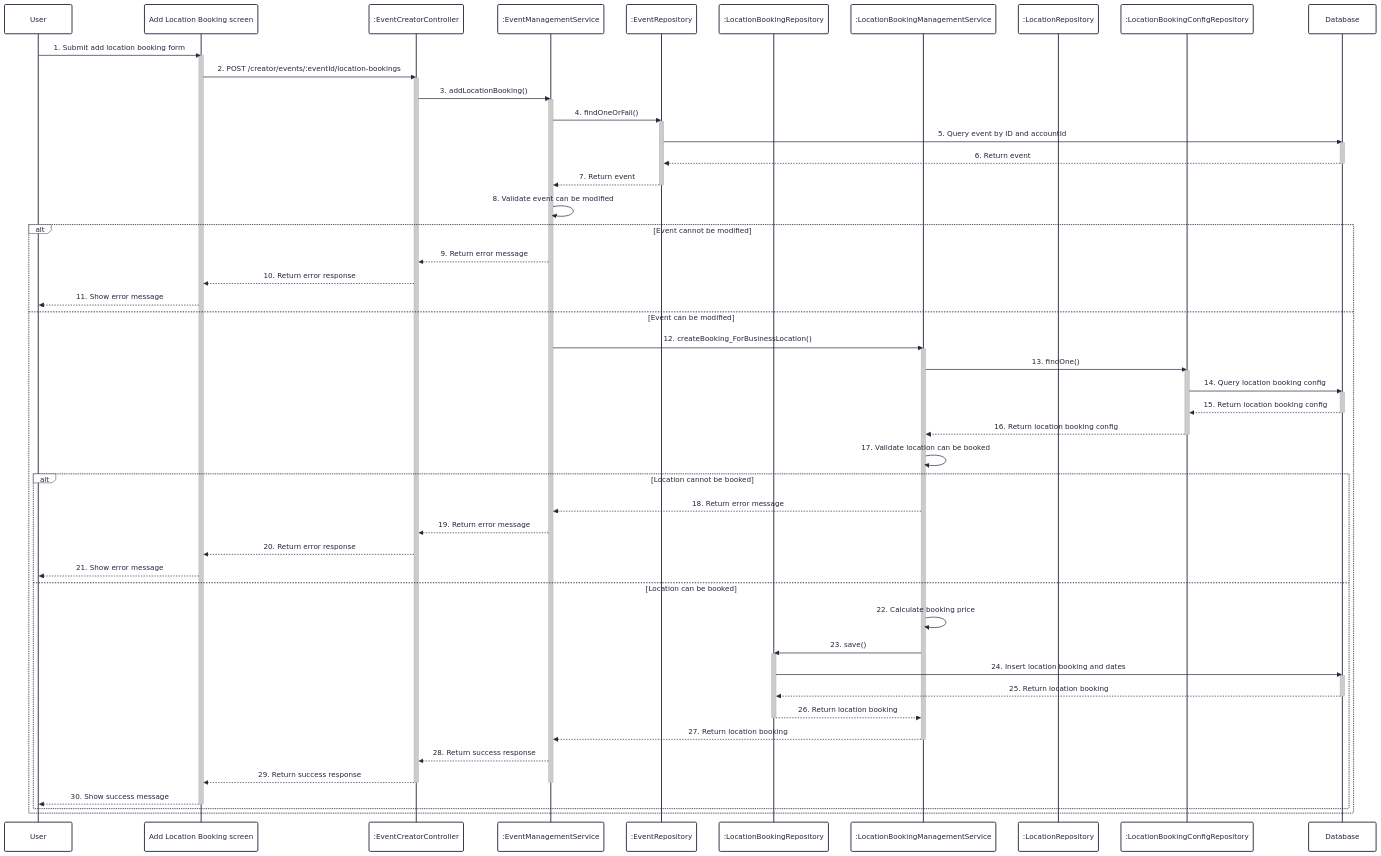
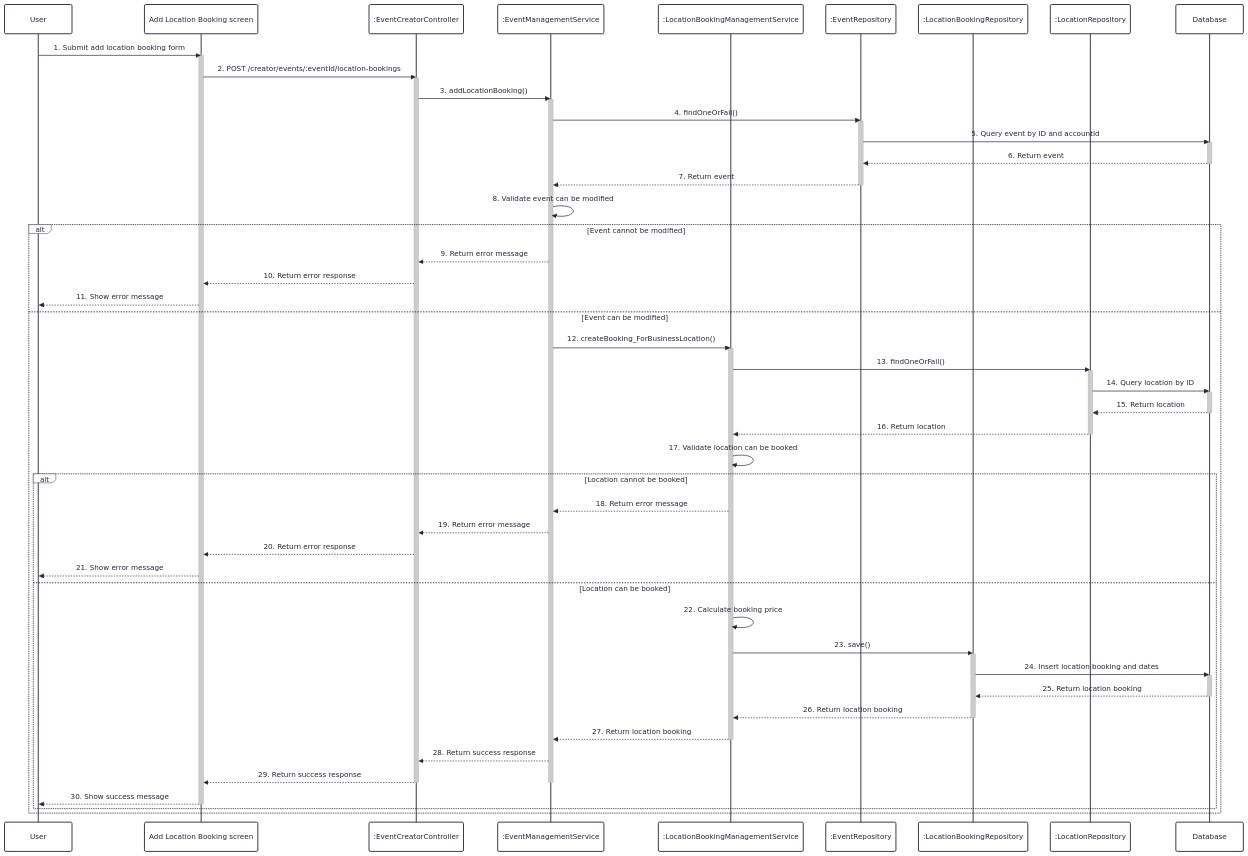
One commit to UrbanLens-2025/urban-lens_server changed the diagram in docs/sequence/6-add-location-booking-to-event.md. Above: the diagram before and after it, drawn with Mermaid. The commit also changed 29 other files, not shown here.

````diff
--- a/docs/sequence/6-add-location-booking-to-event.md
+++ b/docs/sequence/6-add-location-booking-to-event.md
@@ -1,75 +1,74 @@
 ```mermaid
 ---
 config:
   theme: redux
   look: classic
 ---
 sequenceDiagram
     participant User
     participant Frontend as Add Location Booking screen
     participant EventCreatorController as :EventCreatorController
     participant EventManagementService as :EventManagementService
+    participant LocationBookingManagementService as :LocationBookingManagementService
     participant EventRepository as :EventRepository
     participant LocationBookingRepository as :LocationBookingRepository
-    participant LocationBookingManagementService as :LocationBookingManagementService
     participant LocationRepository as :LocationRepository
-    participant LocationBookingConfigRepository as :LocationBookingConfigRepository
     participant Database
 
     User->>Frontend: 1. Submit add location booking form
     activate Frontend
     Frontend->>EventCreatorController: 2. POST /creator/events/:eventId/location-bookings
     activate EventCreatorController
     EventCreatorController->>EventManagementService: 3. addLocationBooking()
     activate EventManagementService
     EventManagementService->>EventRepository: 4. findOneOrFail()
     activate EventRepository
     EventRepository->>Database: 5. Query event by ID and accountId
     activate Database
     Database-->>EventRepository: 6. Return event
     deactivate Database
     EventRepository-->>EventManagementService: 7. Return event
     deactivate EventRepository
     EventManagementService->>EventManagementService: 8. Validate event can be modified
     alt Event cannot be modified
         EventManagementService-->>EventCreatorController: 9. Return error message
         EventCreatorController-->>Frontend: 10. Return error response
         Frontend-->>User: 11. Show error message
     else Event can be modified
         EventManagementService->>LocationBookingManagementService: 12. createBooking_ForBusinessLocation()
         activate LocationBookingManagementService
-        LocationBookingManagementService->>LocationBookingConfigRepository: 13. findOne()
-        activate LocationBookingConfigRepository
-        LocationBookingConfigRepository->>Database: 14. Query location booking config
+        LocationBookingManagementService->>LocationRepository: 13. findOneOrFail()
+        activate LocationRepository
+        LocationRepository->>Database: 14. Query location by ID
         activate Database
-        Database-->>LocationBookingConfigRepository: 15. Return location booking config
+        Database-->>LocationRepository: 15. Return location
         deactivate Database
-        LocationBookingConfigRepository-->>LocationBookingManagementService: 16. Return location booking config
-        deactivate LocationBookingConfigRepository
+        LocationRepository-->>LocationBookingManagementService: 16. Return location
+        deactivate LocationRepository
         LocationBookingManagementService->>LocationBookingManagementService: 17. Validate location can be booked
         alt Location cannot be booked
             LocationBookingManagementService-->>EventManagementService: 18. Return error message
             EventManagementService-->>EventCreatorController: 19. Return error message
             EventCreatorController-->>Frontend: 20. Return error response
             Frontend-->>User: 21. Show error message
         else Location can be booked
             LocationBookingManagementService->>LocationBookingManagementService: 22. Calculate booking price
             LocationBookingManagementService->>LocationBookingRepository: 23. save()
             activate LocationBookingRepository
             LocationBookingRepository->>Database: 24. Insert location booking and dates
             activate Database
             Database-->>LocationBookingRepository: 25. Return location booking
             deactivate Database
             LocationBookingRepository-->>LocationBookingManagementService: 26. Return location booking
             deactivate LocationBookingRepository
             LocationBookingManagementService-->>EventManagementService: 27. Return location booking
             deactivate LocationBookingManagementService
             EventManagementService-->>EventCreatorController: 28. Return success response
             EventCreatorController-->>Frontend: 29. Return success response
             deactivate EventManagementService
             deactivate EventCreatorController
             Frontend-->>User: 30. Show success message
             deactivate Frontend
         end
     end
 ```
````
